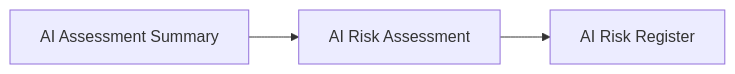
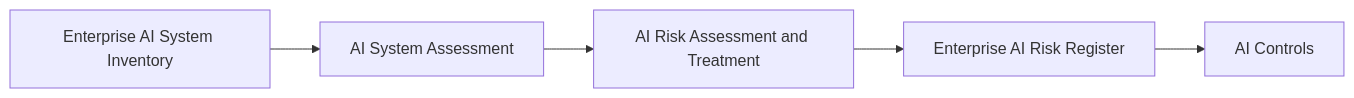
The diagram in 04-AI-Risk-Management/01-AI-Risk-Assessment-and-Treatment.md (Governor-AK/enterprise-ai-governance-playbook), drawn with Mermaid before and after one commit. The commit also changed other lines of this file, not shown here.

Commit message:
refactor(risk): consolidate AI risk assessment workflow

````diff
--- a/04-AI-Risk-Management/01-AI-Risk-Assessment-and-Treatment.md
+++ b/04-AI-Risk-Management/01-AI-Risk-Assessment-and-Treatment.md
@@ -29,7 +29,9 @@
 ```mermaid
 flowchart LR
 
-A[AI Assessment Summary]
---> B[AI Risk Assessment]
---> C[AI Risk Register]
+A[Enterprise AI System Inventory]
+--> B[AI System Assessment]
+--> C[AI Risk Assessment and Treatment]
+--> D[Enterprise AI Risk Register]
+--> E[AI Controls]
 ```
````
